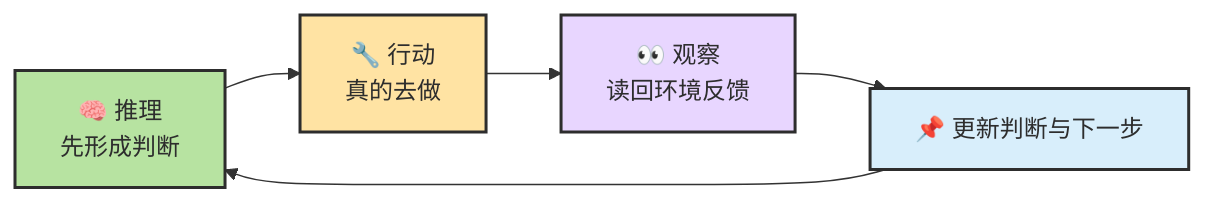
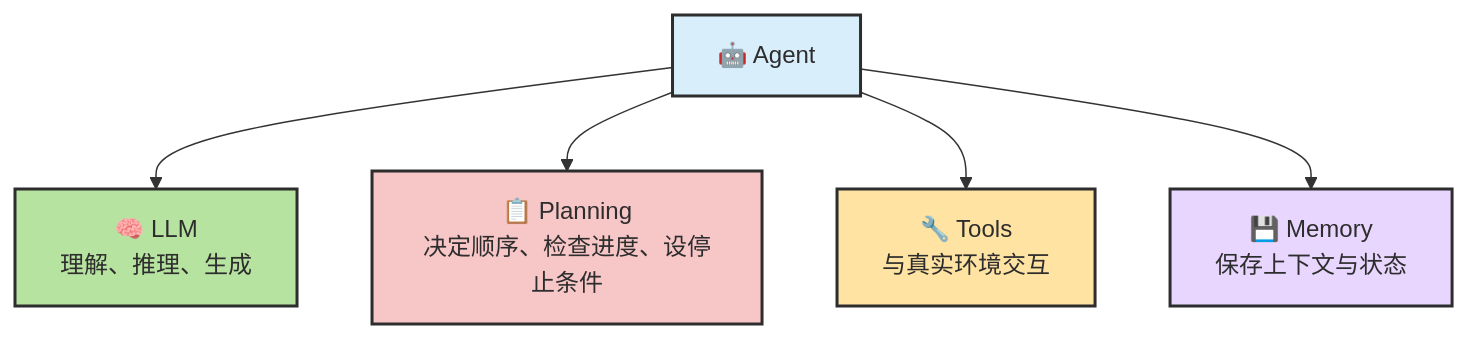
One commit to zht043/AgenticCodingTutorial changed the fifth of 19 diagrams in docs/chapters/ch02-concepts.md. Above: the diagram before and after it, drawn with Mermaid. The commit also changed other lines of this file, not shown here.

````diff
--- a/docs/chapters/ch02-concepts.md
+++ b/docs/chapters/ch02-concepts.md
@@ -314,9 +218,13 @@
 ```mermaid
-flowchart LR
-    classDef reason fill:#b7e3a1,stroke:#2d2d2d,stroke-width:2px,color:#2d2d2d
-    classDef act fill:#ffe3a3,stroke:#2d2d2d,stroke-width:2px,color:#2d2d2d
-    classDef observe fill:#e8d6ff,stroke:#2d2d2d,stroke-width:2px,color:#2d2d2d
-    classDef update fill:#d8eefb,stroke:#2d2d2d,stroke-width:2px,color:#2d2d2d
+flowchart TB
+    classDef center fill:#d8eefb,stroke:#2d2d2d,stroke-width:2px,color:#2d2d2d
+    classDef llm fill:#b7e3a1,stroke:#2d2d2d,stroke-width:2px,color:#2d2d2d
+    classDef plan fill:#f7c6c7,stroke:#2d2d2d,stroke-width:2px,color:#2d2d2d
+    classDef tool fill:#ffe3a3,stroke:#2d2d2d,stroke-width:2px,color:#2d2d2d
+    classDef mem fill:#e8d6ff,stroke:#2d2d2d,stroke-width:2px,color:#2d2d2d
 
-    R["🧠 推理<br/>先形成判断"]:::reason --> A["🔧 行动<br/>真的去做"]:::act --> O["👀 观察<br/>读回环境反馈"]:::observe --> U["📌 更新判断与下一步"]:::update --> R
+    A["🤖 Agent"]:::center --> L["🧠 LLM<br/>理解、推理、生成"]:::llm
+    A --> P["📋 Planning<br/>决定顺序、检查进度、设停止条件"]:::plan
+    A --> T["🔧 Tools<br/>与真实环境交互"]:::tool
+    A --> M["💾 Memory<br/>保存上下文与状态"]:::mem
 ```
````
